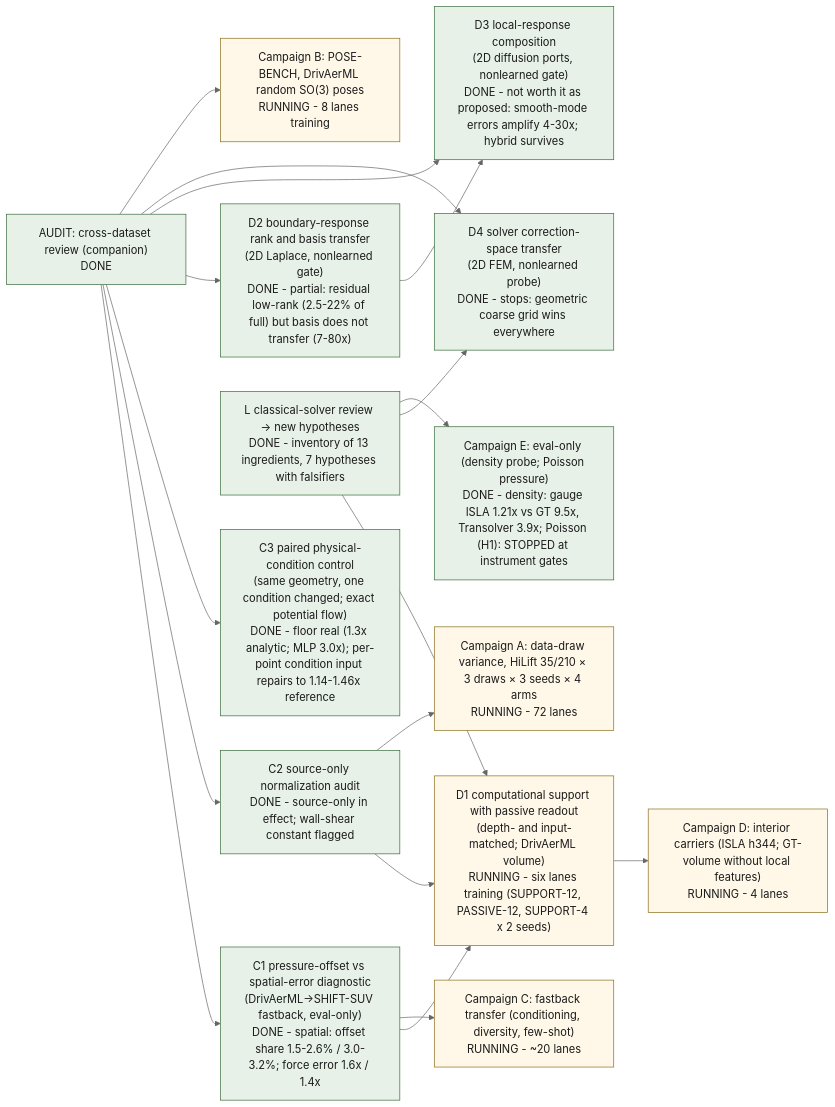
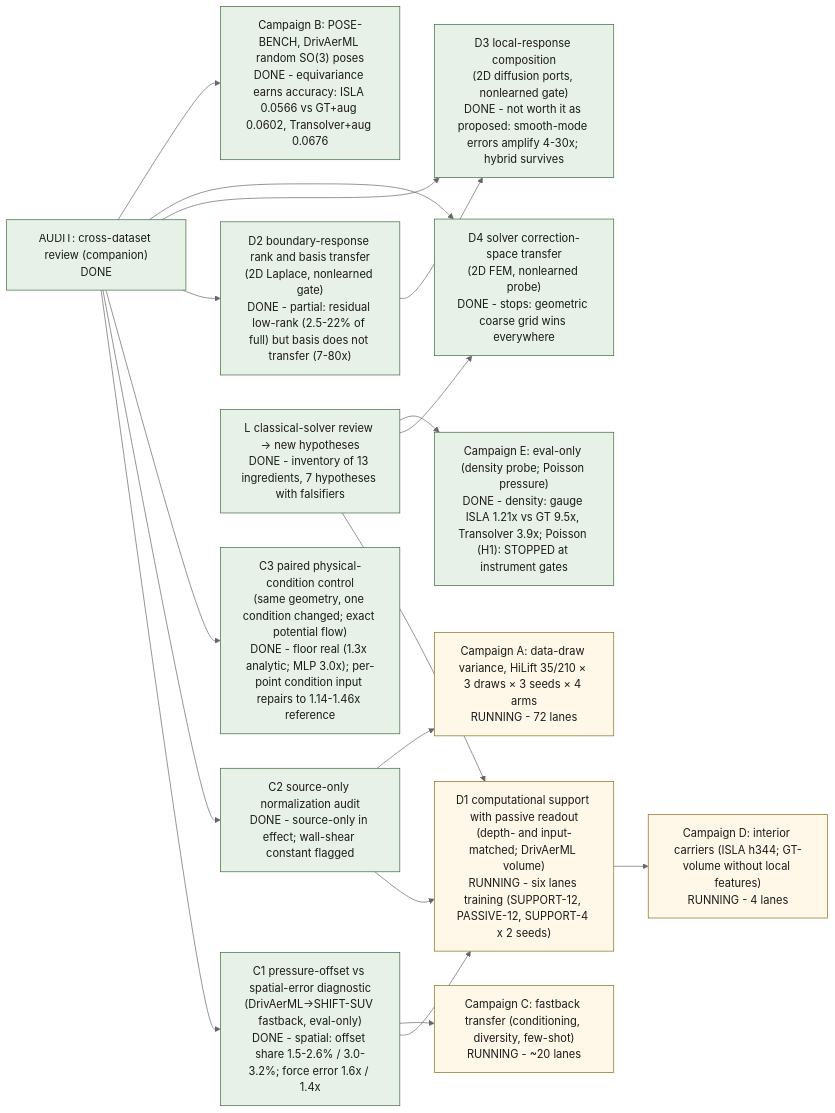
Before and after one commit to peterdsharpe/modulus: the diagram in examples/cfd/mesh_transformer/research/transfer_program/index.qmd, drawn with Mermaid (neutral theme). The commit also changed other lines of this file and 4 other files, not shown here.

Commit message:
Transfer program: POSE-BENCH verdict (equivariance earns accuracy: ISLA 0.0566 vs GeoTransolver+aug 0.0602, Transolver+aug 0.0676 posed; baselines lose 20%/31% vs canonical, ISLA 1.4%); chapter 7 section; ledger; artifacts

````diff
--- a/examples/cfd/mesh_transformer/research/transfer_program/index.qmd
+++ b/examples/cfd/mesh_transformer/research/transfer_program/index.qmd
@@ -36,37 +36,37 @@
 ```{mermaid}
 flowchart LR
   classDef done fill:#e8f1e8,stroke:#3a6b3a,color:#1a1a1a
   classDef running fill:#fff8e8,stroke:#8a6d1a,color:#1a1a1a
   classDef ready fill:#eef3fb,stroke:#2a5ba8,color:#1a1a1a
   classDef planned fill:#f2f1ec,stroke:#898781,color:#1a1a1a,stroke-dasharray:4 3
   AUDIT["AUDIT: cross-dataset review (companion)<br/>DONE"]:::done
   POFF["C1 pressure-offset vs spatial-error diagnostic<br/>(DrivAerML→SHIFT-SUV fastback, eval-only)<br/>DONE - spatial: offset share 1.5-2.6% / 3.0-3.2%; force error 1.6x / 1.4x"]:::done
   SNORM["C2 source-only normalization audit<br/>DONE - source-only in effect; wall-shear constant flagged"]:::done
   PAIR["C3 paired physical-condition control<br/>(same geometry, one condition changed; exact potential flow)<br/>DONE - floor real (1.3x analytic; MLP 3.0x); per-point condition input repairs to 1.14-1.46x reference"]:::done
   SUPP["D1 computational support with passive readout<br/>(depth- and input-matched; DrivAerML volume)<br/>RUNNING - six lanes training (SUPPORT-12, PASSIVE-12, SUPPORT-4 x 2 seeds)"]:::running
   RESP["D2 boundary-response rank and basis transfer<br/>(2D Laplace, nonlearned gate)<br/>DONE - partial: residual low-rank (2.5-22% of full) but basis does not transfer (7-80x)"]:::done
   COMP["D3 local-response composition<br/>(2D diffusion ports, nonlearned gate)<br/>DONE - not worth it as proposed: smooth-mode errors amplify 4-30x; hybrid survives"]:::done
   SOLV["D4 solver correction-space transfer<br/>(2D FEM, nonlearned probe)<br/>DONE - stops: geometric coarse grid wins everywhere"]:::done
   CLASS["L classical-solver review → new hypotheses<br/>DONE - inventory of 13 ingredients, 7 hypotheses with falsifiers"]:::done
   CAMPA["Campaign A: data-draw variance, HiLift 35/210 × 3 draws × 3 seeds × 4 arms<br/>RUNNING - 72 lanes"]:::running
-  CAMPB["Campaign B: POSE-BENCH, DrivAerML random SO(3) poses<br/>RUNNING - 8 lanes training"]:::running
+  CAMPB["Campaign B: POSE-BENCH, DrivAerML random SO(3) poses<br/>DONE - equivariance earns accuracy: ISLA 0.0566 vs GT+aug 0.0602, Transolver+aug 0.0676"]:::done
   CAMPC["Campaign C: fastback transfer (conditioning, diversity, few-shot)<br/>RUNNING - ~20 lanes"]:::running
   CAMPD["Campaign D: interior carriers (ISLA h344; GT-volume without local features)<br/>RUNNING - 4 lanes"]:::running
   CAMPE["Campaign E: eval-only (density probe; Poisson pressure)<br/>DONE - density: gauge ISLA 1.21x vs GT 9.5x, Transolver 3.9x; Poisson (H1): STOPPED at instrument gates"]:::done
   AUDIT --> POFF
   AUDIT --> SNORM
   AUDIT --> PAIR
   POFF --> SUPP
   SNORM --> SUPP
   AUDIT --> RESP
   AUDIT --> COMP
   AUDIT --> SOLV
   RESP --> COMP
   CLASS --> SUPP
   CLASS --> SOLV
   POFF --> CAMPC
   SNORM --> CAMPA
   CLASS --> CAMPE
   SUPP --> CAMPD
   AUDIT --> CAMPB
 ```
````
